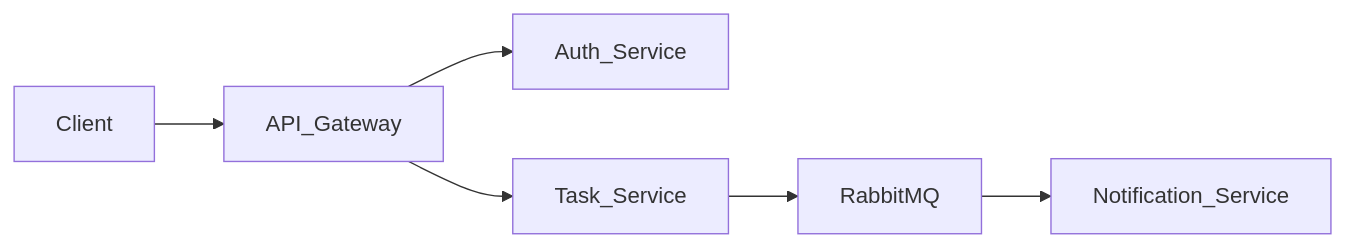
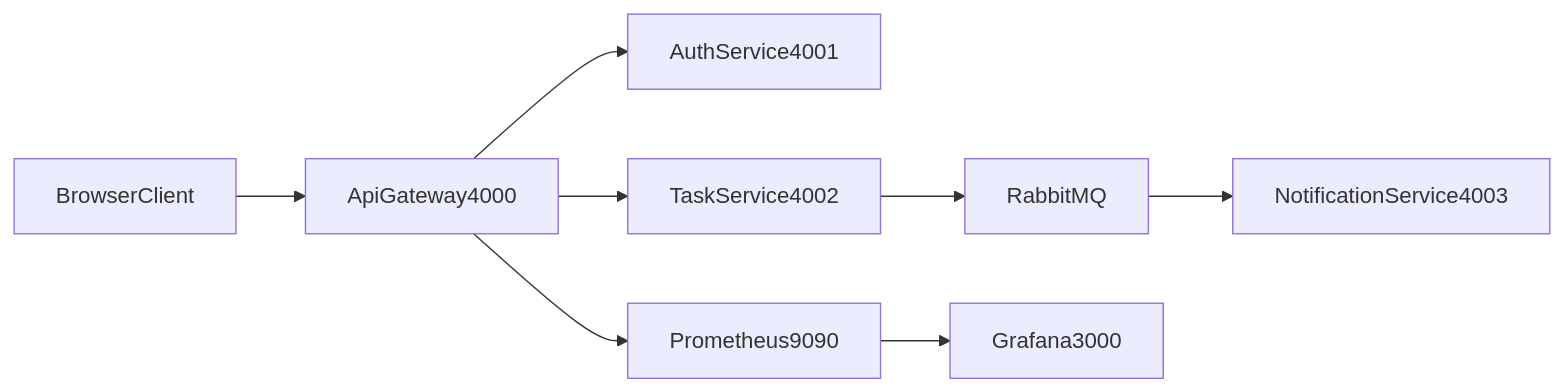
Before and after one commit to bertantasman/TaskFlow: the diagram in README.md, drawn with Mermaid. The commit also changed other lines of this file and 23 other files, not shown here.

````diff
--- a/README.md
+++ b/README.md
@@ -58,8 +21,10 @@
 ```mermaid
 flowchart LR
-  client[Client] --> apiGateway[API_Gateway]
-  apiGateway --> authService[Auth_Service]
-  apiGateway --> taskService[Task_Service]
-  taskService --> rabbitmq[RabbitMQ]
-  rabbitmq --> notificationService[Notification_Service]
+  Browser[BrowserClient] --> Gateway[ApiGateway4000]
+  Gateway --> Auth[AuthService4001]
+  Gateway --> Task[TaskService4002]
+  Task --> Rabbit[RabbitMQ]
+  Rabbit --> Notify[NotificationService4003]
+  Gateway --> Prometheus[Prometheus9090]
+  Prometheus --> Grafana[Grafana3000]
 ```
````
